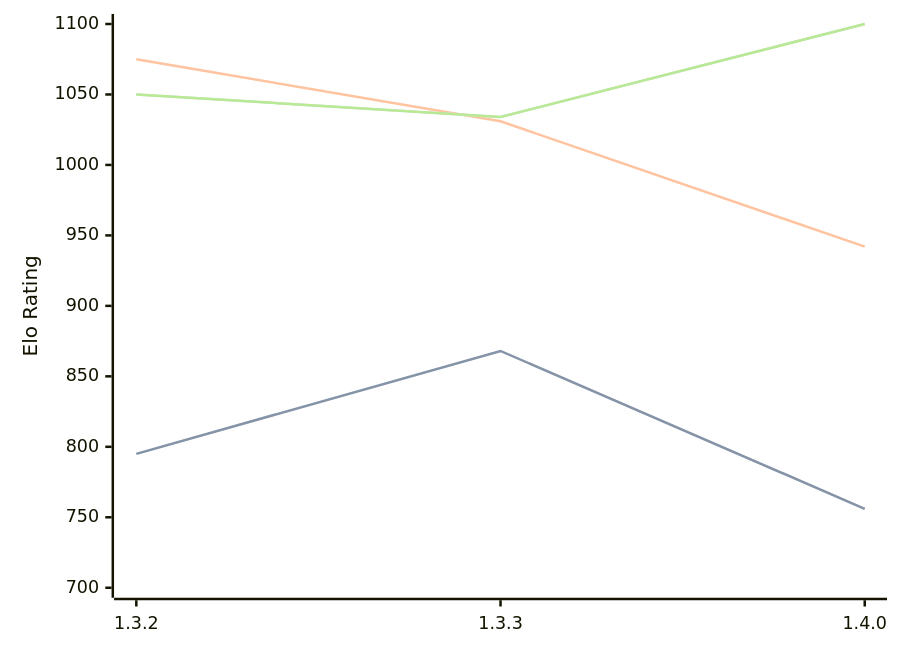
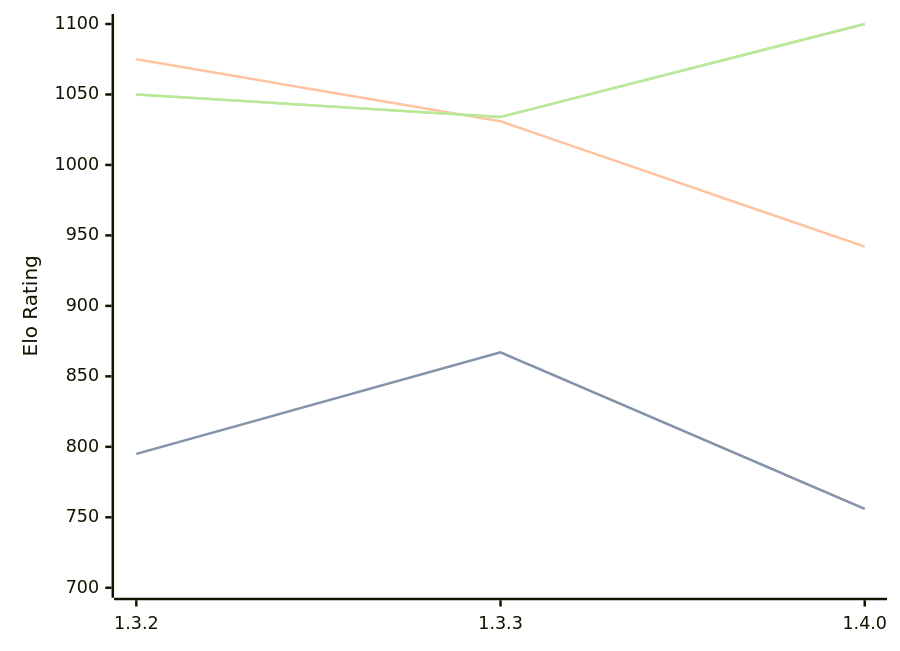
The diagram in engines/Whitespine.md (computer-chess-index/cci), drawn with Mermaid before and after one commit. The commit also changed other lines of this file, not shown here.

````diff
--- a/engines/Whitespine.md
+++ b/engines/Whitespine.md
@@ -36,11 +36,11 @@
 ```mermaid
 %%{init: {"theme":"base","themeVariables":{"seriesColors:['#a3a3a3','#222221','#faa371']}}}%%
 xychart-beta
   x-axis ["1.3.2", "1.3.3", "1.4.0"]
   y-axis "Elo Rating" 700 --> 1100
-  line "STC (8.0+0.08s)" [795, 868, 756]
-  line "STC (8.0+0.08s)" [795, 868, 756]
+  line "STC (8.0+0.08s)" [795, 867, 756]
+  line "STC (8.0+0.08s)" [795, 867, 756]
   line "LTC (60.0+0.60s)" [1075, 1031, 942]
   line "VLTC (2m24s+1.12s)" [1050, 1034, 1100]
   line "VLTC (2m24s+1.12s)" [1050, 1034, 1100]
 ```
````
